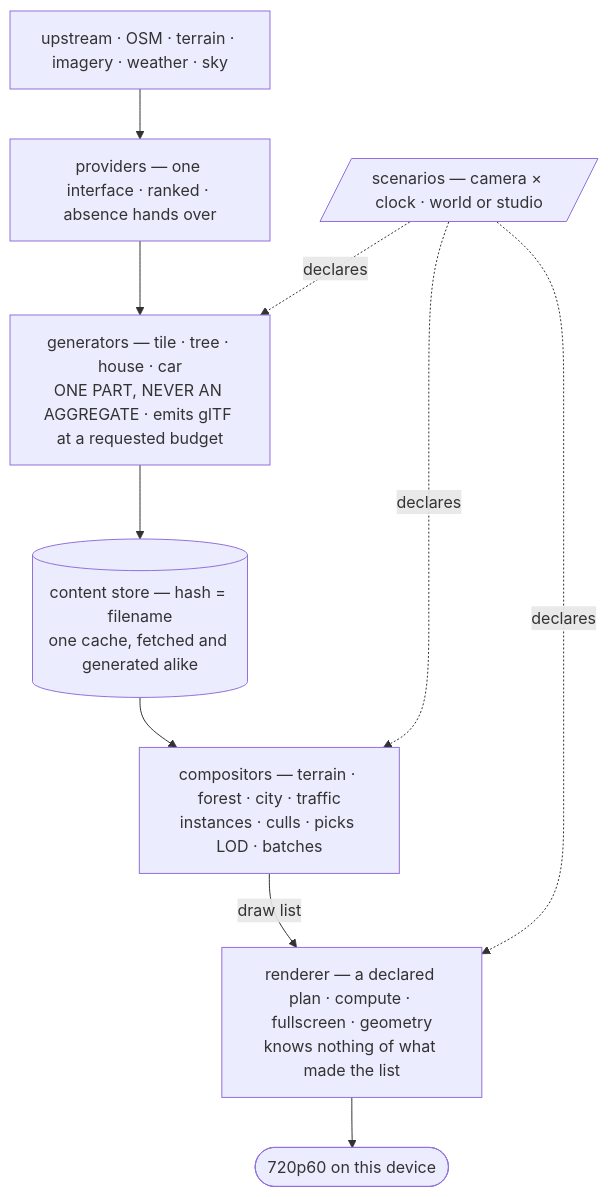
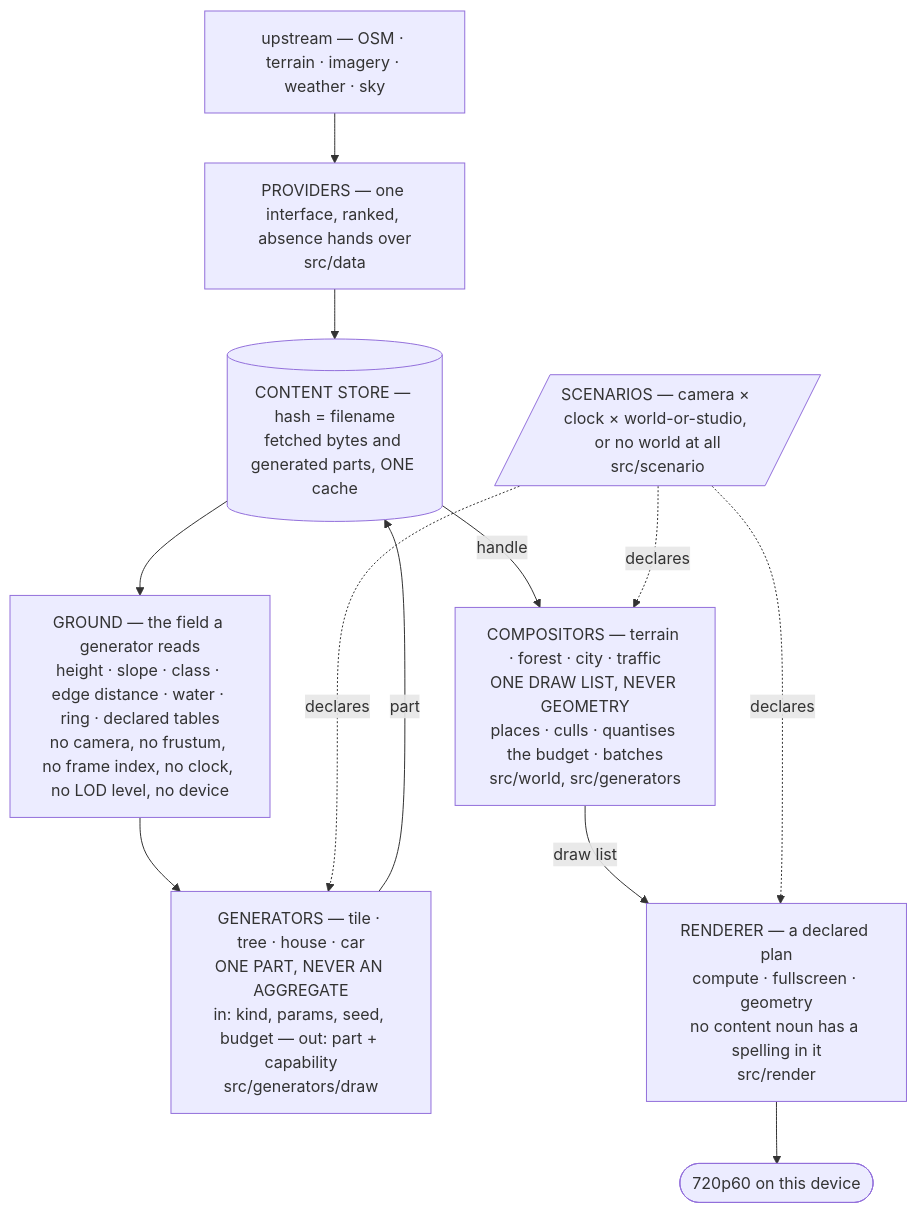
One commit to Weichwolf/outshine changed the first of 5 diagrams in CLAUDE.md. Above: the diagram before and after it, drawn with Mermaid. The commit also changed other lines of this file, not shown here.

````diff
--- a/CLAUDE.md
+++ b/CLAUDE.md
@@ -15,15 +108,21 @@
 ```mermaid
 flowchart TD
-  upstream["upstream · OSM · terrain · imagery · weather · sky"]
-  providers["providers — one interface · ranked · absence hands over"]
-  generators["generators — tile · tree · house · car<br>ONE PART, NEVER AN AGGREGATE · emits glTF at a requested budget"]
-  store[("content store — hash = filename<br>one cache, fetched and generated alike")]
-  compositors["compositors — terrain · forest · city · traffic<br>instances · culls · picks LOD · batches"]
-  renderer["renderer — a declared plan · compute · fullscreen · geometry<br>knows nothing of what made the list"]
+  upstream["upstream — OSM · terrain · imagery · weather · sky"]
+  providers["PROVIDERS — one interface, ranked, absence hands over<br/>src/data"]
+  store[("CONTENT STORE — hash = filename<br/>fetched bytes and generated parts, ONE cache")]
+  field["GROUND — the field a generator reads<br/>height · slope · class · edge distance · water · ring · declared tables<br/>no camera, no frustum, no frame index, no clock, no LOD level, no device"]
+  gen["GENERATORS — tile · tree · house · car<br/>ONE PART, NEVER AN AGGREGATE<br/>in: kind, params, seed, budget — out: part + capability<br/>src/generators/draw"]
+  comp["COMPOSITORS — terrain · forest · city · traffic<br/>ONE DRAW LIST, NEVER GEOMETRY<br/>places · culls · quantises the budget · batches<br/>src/world, src/generators"]
+  rend["RENDERER — a declared plan<br/>compute · fullscreen · geometry<br/>no content noun has a spelling in it<br/>src/render"]
   frame(["720p60 on this device"])
-  scenarios[/"scenarios — camera × clock · world or studio"/]
+  scen[/"SCENARIOS — camera × clock × world-or-studio, or no world at all<br/>src/scenario"/]
 
-  upstream --> providers --> generators --> store --> compositors
-  compositors -->|draw list| renderer --> frame
-  scenarios -.->|declares| generators & compositors & renderer
+  upstream --> providers --> store
+  store --> field --> gen
+  gen -->|part| store
+  store -->|handle| comp
+  comp -->|draw list| rend --> frame
+  scen -.->|declares| gen
+  scen -.->|declares| comp
+  scen -.->|declares| rend
 ```
````
